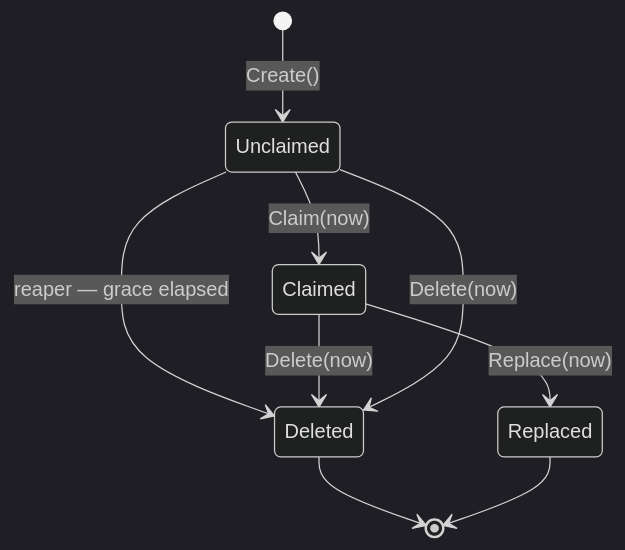
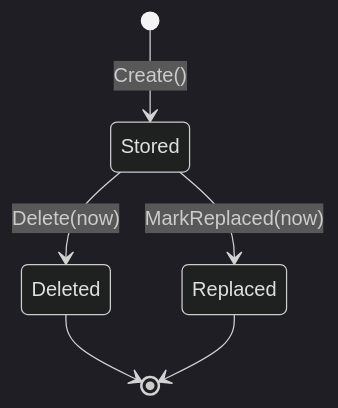
The tenth of 12 diagrams in docs/architecture-audit/implementation-specs/stage-15-domain-model-hardening.md (116media/116-backend), drawn with Mermaid (dark theme) before and after one commit. The commit also changed other lines of this file, not shown here.

````diff
--- a/docs/architecture-audit/implementation-specs/stage-15-domain-model-hardening.md
+++ b/docs/architecture-audit/implementation-specs/stage-15-domain-model-hardening.md
@@ -865,11 +865,8 @@
 ```mermaid
 stateDiagram-v2
-  [*] --> Unclaimed: Create()
-  Unclaimed --> Claimed: Claim(now)
-  Unclaimed --> Deleted: reaper — grace elapsed
-  Claimed --> Deleted: Delete(now)
-  Claimed --> Replaced: Replace(now)
-  Unclaimed --> Deleted: Delete(now)
+  [*] --> Stored: Create()
+  Stored --> Deleted: Delete(now)
+  Stored --> Replaced: MarkReplaced(now)
   Deleted --> [*]
   Replaced --> [*]
 ```
````
